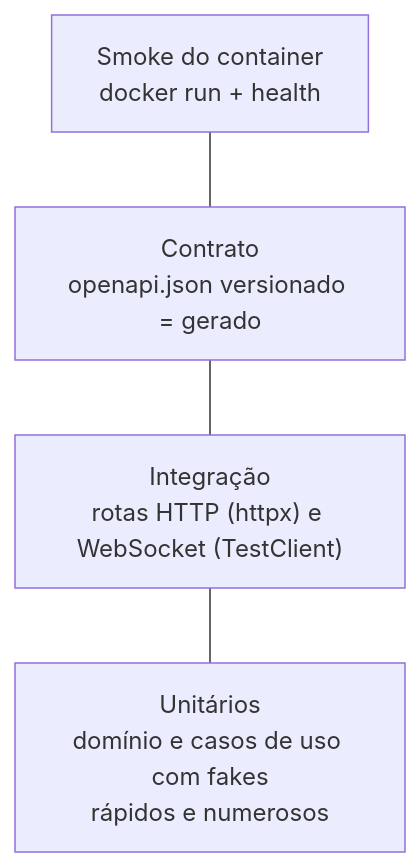
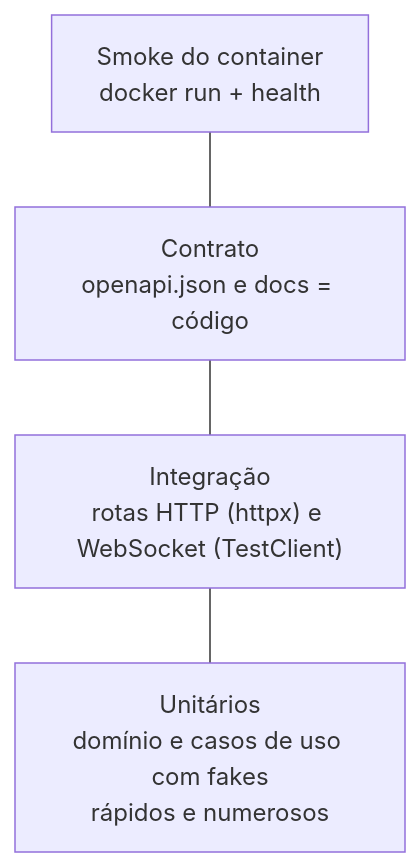
One commit to oseasmoreto/bot-chat changed the second of 2 diagrams in backend/docs/09-testes.md. Above: the diagram before and after it, drawn with Mermaid. The commit also changed other lines of this file and 11 other files, not shown here.

````diff
--- a/backend/docs/09-testes.md
+++ b/backend/docs/09-testes.md
@@ -16,8 +16,8 @@
 ```mermaid
 flowchart TB
     smoke["Smoke do container<br/>docker run + health"]
-    contract["Contrato<br/>openapi.json versionado = gerado"]
+    contract["Contrato<br/>openapi.json e docs = código"]
     integ["Integração<br/>rotas HTTP (httpx) e WebSocket (TestClient)"]
     unit["Unitários<br/>domínio e casos de uso com fakes<br/>rápidos e numerosos"]
     smoke --- contract --- integ --- unit
 ```
````
